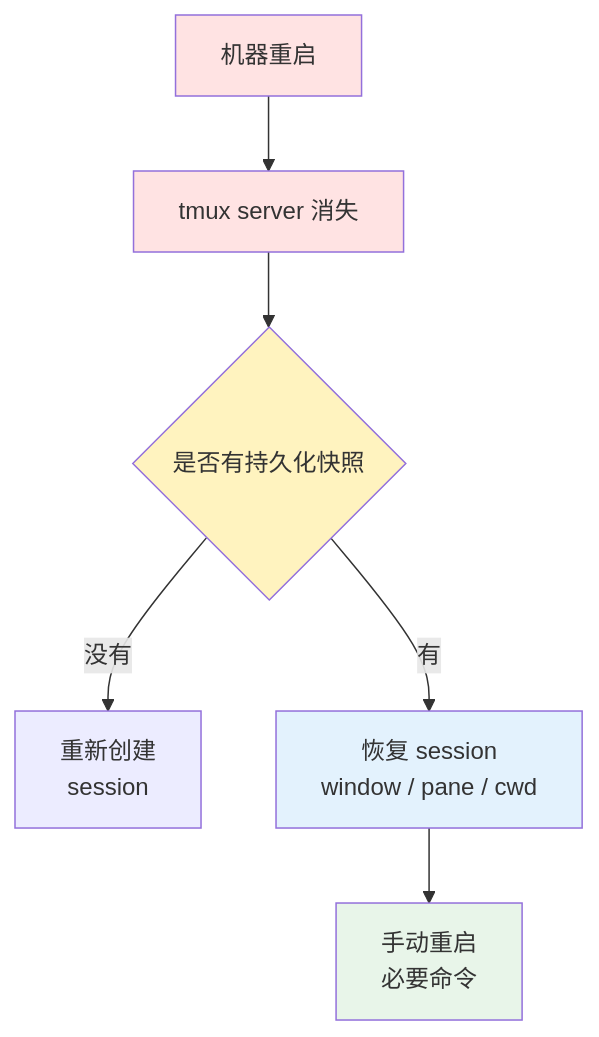
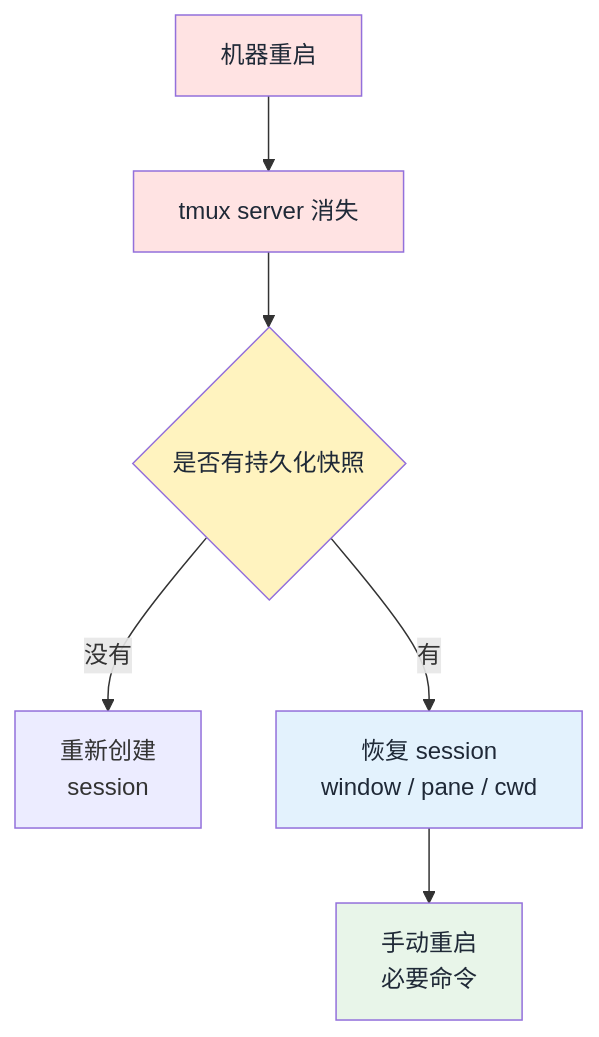
The diagram in _ai/2026-06-13-tmux-session-persistence.md (puppylpg/puppylpg.github.io), drawn with Mermaid before and after one commit. The commit also changed 4 other files, not shown here.

First line of the commit message:
Fix Mermaid label rendering and drop mouse-follow tilt

````diff
--- a/_ai/2026-06-13-tmux-session-persistence.md
+++ b/_ai/2026-06-13-tmux-session-persistence.md
@@ -38,14 +38,14 @@
 ```mermaid
 flowchart TD
   A[机器重启] --> B[tmux server 消失]
   B --> C{是否有持久化快照}
   C -->|没有| D[重新创建<br/>session]
   C -->|有| E[恢复 session<br/>window / pane / cwd]
   E --> F[手动重启<br/>必要命令]
 
-  style A fill:#ffe3e3
-  style B fill:#ffe3e3
-  style C fill:#fff3bf
-  style E fill:#e3f2fd
-  style F fill:#e8f5e9
+  style A fill:#ffe3e3,color:#1f2937
+  style B fill:#ffe3e3,color:#1f2937
+  style C fill:#fff3bf,color:#1f2937
+  style E fill:#e3f2fd,color:#1f2937
+  style F fill:#e8f5e9,color:#1f2937
 ```
````
